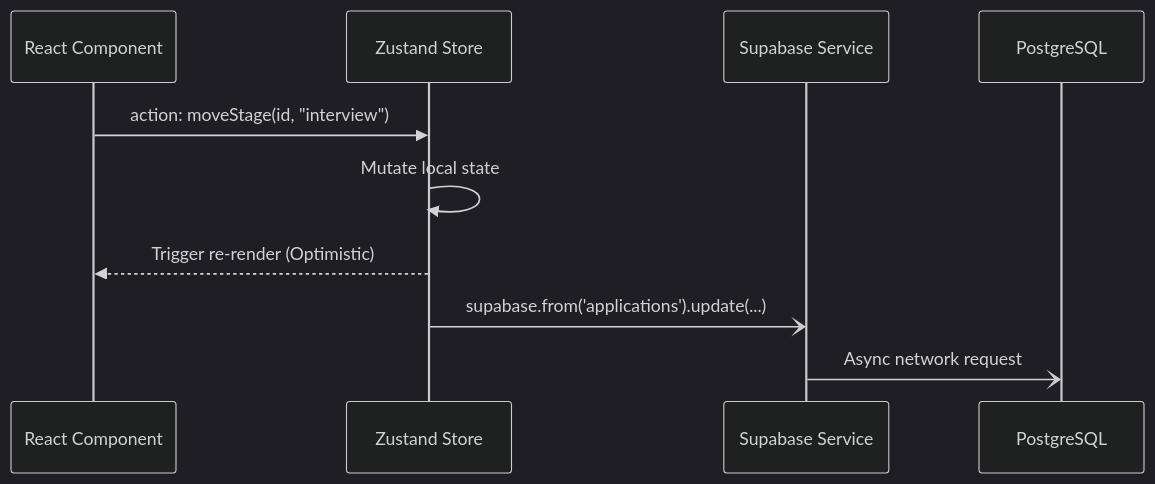
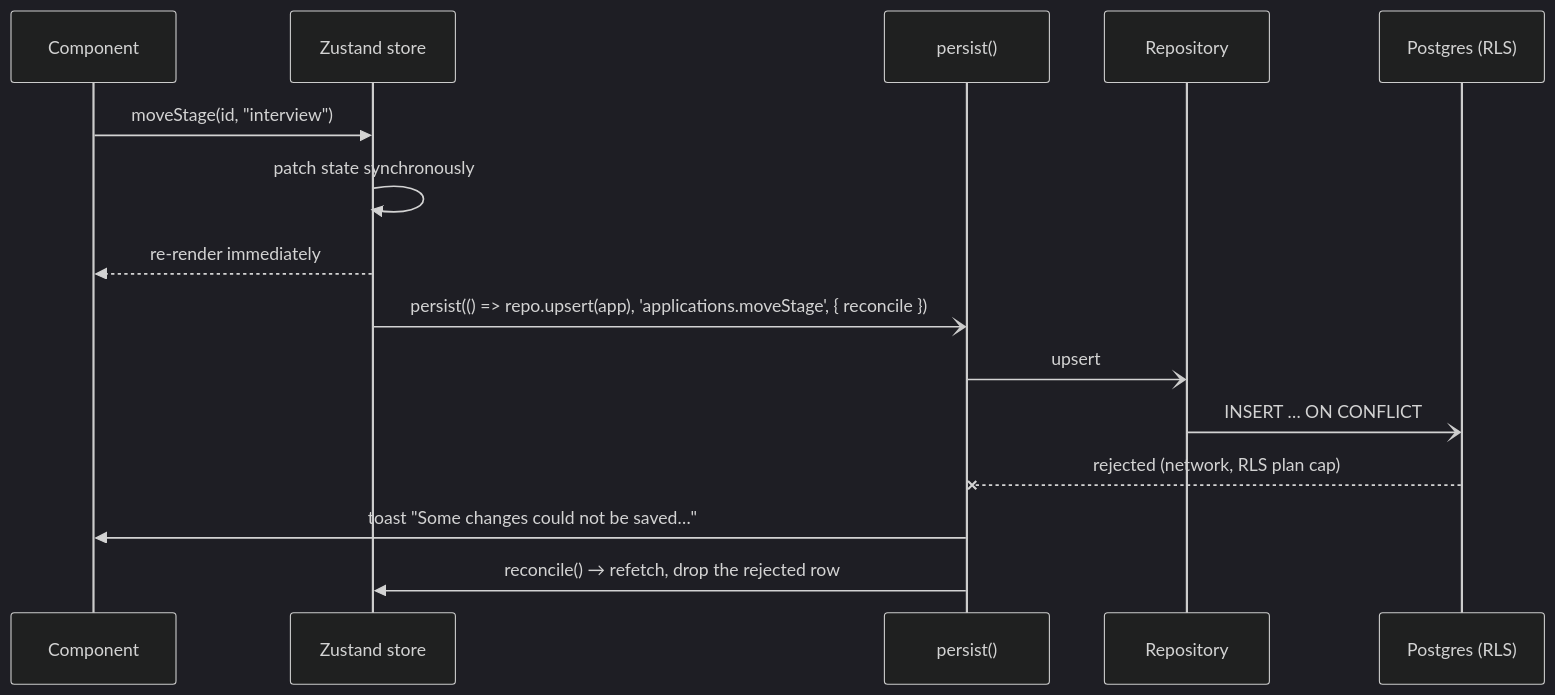
One commit to DeyvidJesus/octant changed the second of 2 diagrams in docs/architecture.md. Above: the diagram before and after it, drawn with Mermaid (dark theme). The commit also changed other lines of this file and 8 other files, not shown here.

First line of the commit message:
chore: add CI, rewrite README, refresh architecture docs

````diff
--- a/docs/architecture.md
+++ b/docs/architecture.md
@@ -93,13 +102,17 @@
 ```mermaid
 sequenceDiagram
-    participant UI as React Component
-    participant Store as Zustand Store
-    participant API as Supabase Service
-    participant DB as PostgreSQL
-
-    UI->>Store: action: moveStage(id, "interview")
-    Store->>Store: Mutate local state
-    Store-->>UI: Trigger re-render (Optimistic)
-    Store-)API: supabase.from('applications').update(...)
-    API-)DB: Async network request
+    participant UI as Component
+    participant Store as Zustand store
+    participant P as persist()
+    participant Repo as Repository
+    participant DB as Postgres (RLS)
+    UI->>Store: moveStage(id, "interview")
+    Store->>Store: patch state synchronously
+    Store-->>UI: re-render immediately
+    Store-)P: persist(() => repo.upsert(app), 'applications.moveStage', { reconcile })
+    P-)Repo: upsert
+    Repo-)DB: INSERT … ON CONFLICT
+    DB--xP: rejected (network, RLS plan cap)
+    P->>UI: toast "Some changes could not be saved…"
+    P->>Store: reconcile() → refetch, drop the rejected row
 ```
````
